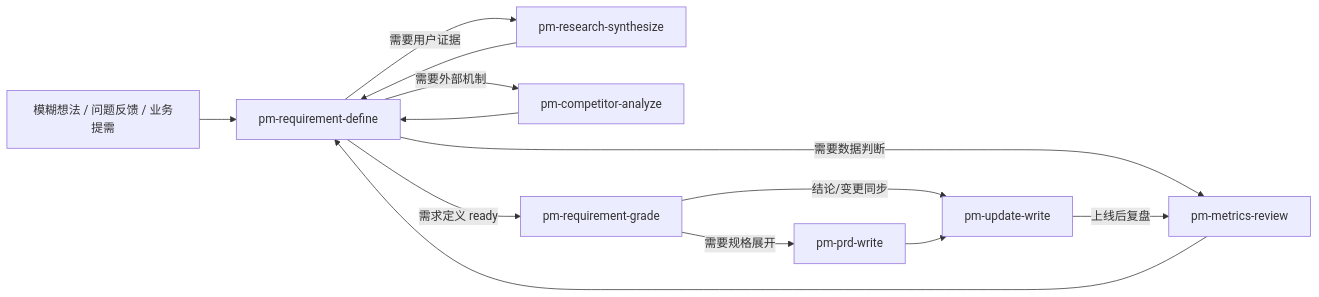
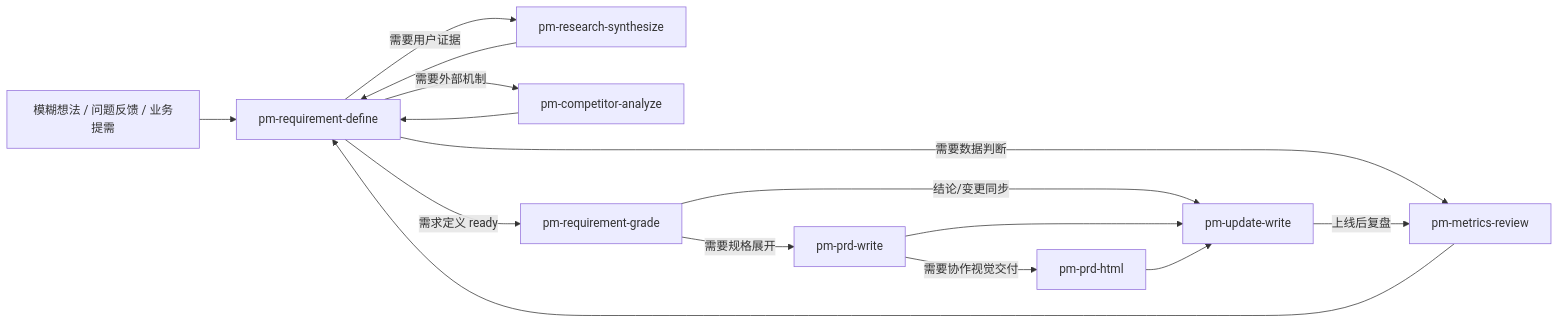
Before and after one commit to olga0107/pm-workflow-skills: the diagram in WORKFLOW_GUIDE.md, drawn with Mermaid. The commit also changed other lines of this file and 21 other files, not shown here.

Commit message:
feat: add HTML PRD collaboration workflow

````diff
--- a/WORKFLOW_GUIDE.md
+++ b/WORKFLOW_GUIDE.md
@@ -7,15 +7,17 @@
 ```mermaid
 flowchart LR
   A["模糊想法 / 问题反馈 / 业务提需"] --> D["pm-requirement-define"]
   D -- "需要用户证据" --> R["pm-research-synthesize"]
   D -- "需要外部机制" --> C["pm-competitor-analyze"]
   D -- "需要数据判断" --> M["pm-metrics-review"]
   R --> D
   C --> D
   M --> D
   D -- "需求定义 ready" --> G["pm-requirement-grade"]
   G -- "需要规格展开" --> P["pm-prd-write"]
+  P -- "需要协作视觉交付" --> H["pm-prd-html"]
   G -- "结论/变更同步" --> U["pm-update-write"]
   P --> U
+  H --> U
   U -- "上线后复盘" --> M
 ```
````
